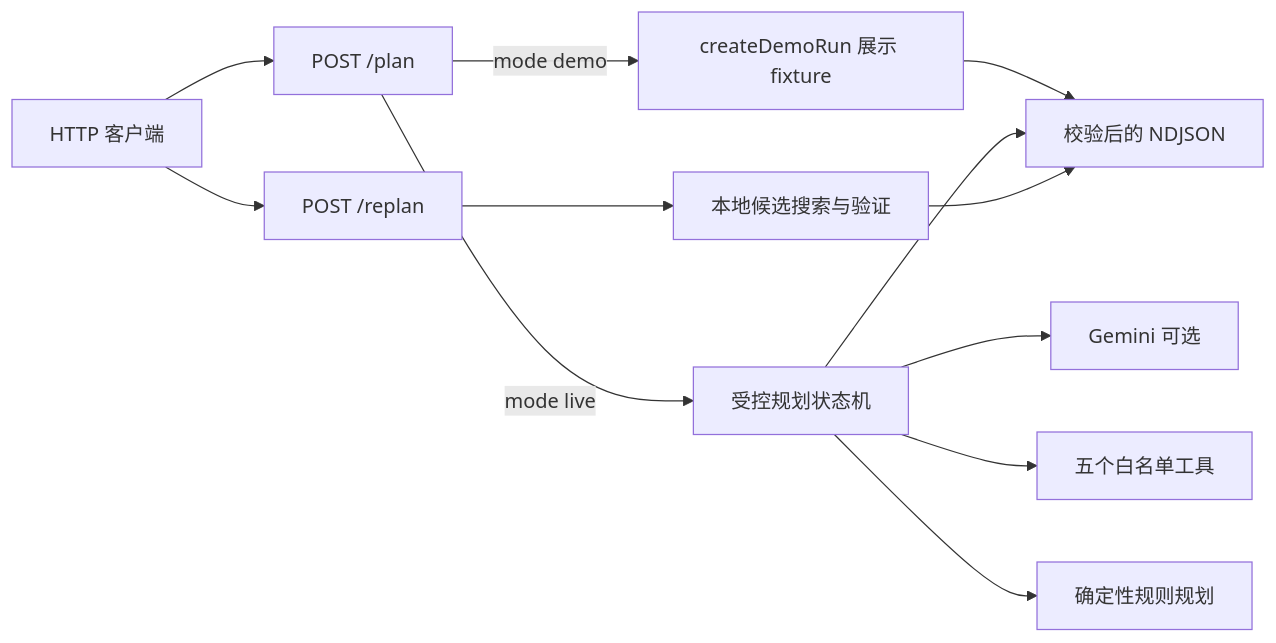
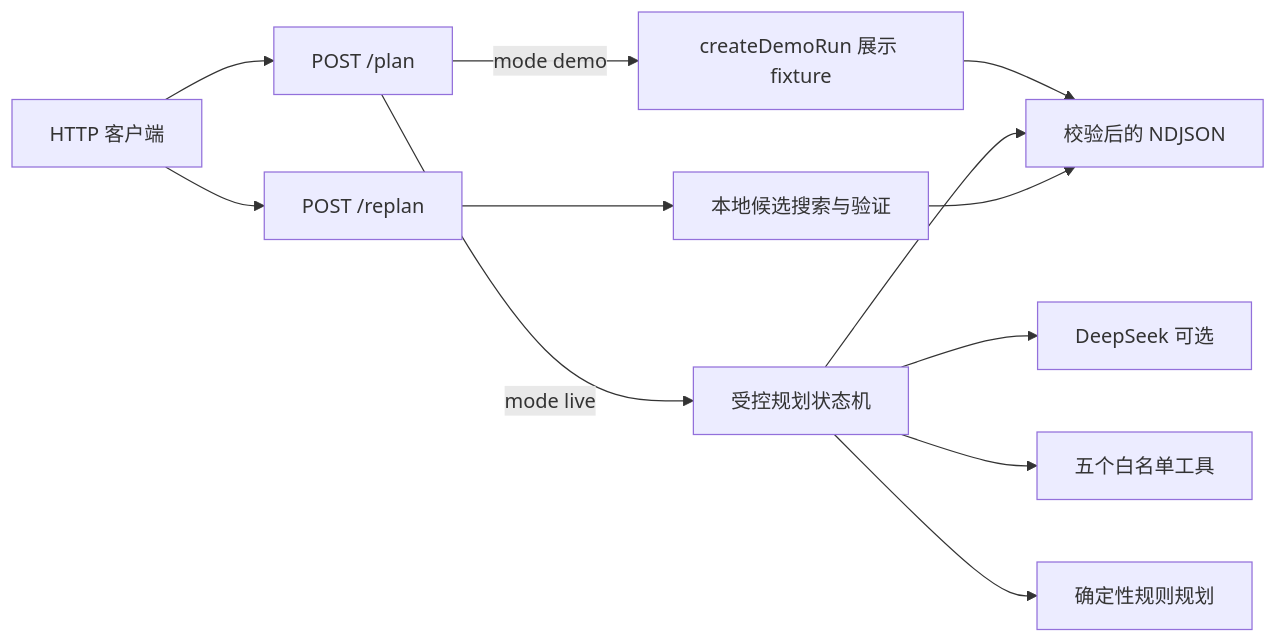
Before and after one commit to Elara-wu/weekend-merge: the first of 2 diagrams in docs/ARCHITECTURE.md, drawn with Mermaid. The commit also changed other lines of this file and 14 other files, not shown here.

Commit message:
feat: replace Gemini agent with DeepSeek

````diff
--- a/docs/ARCHITECTURE.md
+++ b/docs/ARCHITECTURE.md
@@ -5,14 +5,14 @@
 ```mermaid
 flowchart LR
   Client[HTTP 客户端] --> Plan[POST /plan]
   Client --> Replan[POST /replan]
   Plan -->|mode demo| Fixture[createDemoRun 展示 fixture]
   Plan -->|mode live| Runtime[受控规划状态机]
-  Runtime --> Model[Gemini 可选]
+  Runtime --> Model[DeepSeek 可选]
   Runtime --> Tools[五个白名单工具]
   Runtime --> Rules[确定性规则规划]
   Replan --> Local[本地候选搜索与验证]
   Fixture --> Events[校验后的 NDJSON]
   Runtime --> Events
   Local --> Events
 ```
````
